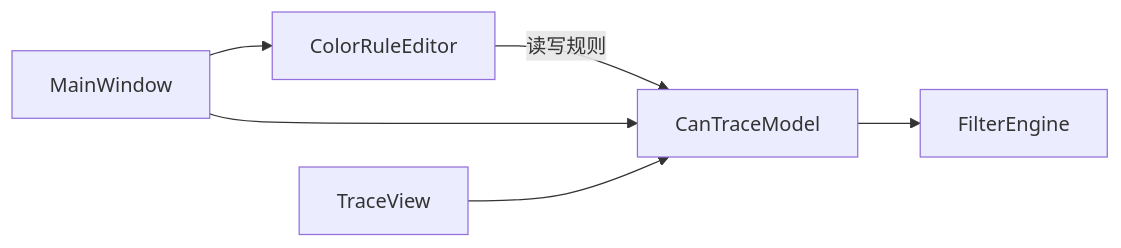
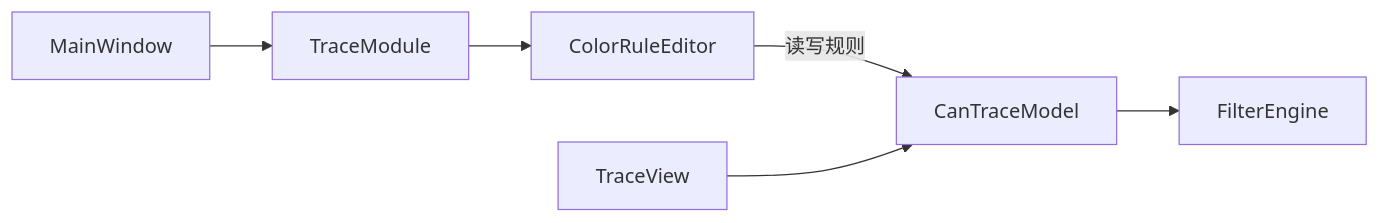
One commit to jakecai1225-design/OpenBus changed the fifth of 5 diagrams in .qoder/repowiki/zh/content/架构设计/UI系统设计/颜色规则编辑器.md. Above: the diagram before and after it, drawn with Mermaid. The commit also changed other lines of this file and 10 other files, not shown here.

Commit message:
flow指示灯，模拟器开关

````diff
--- a/.qoder/repowiki/zh/content/架构设计/UI系统设计/颜色规则编辑器.md
+++ b/.qoder/repowiki/zh/content/架构设计/UI系统设计/颜色规则编辑器.md
@@ -240,8 +259,8 @@
 ```mermaid
 graph LR
-CRE["ColorRuleEditor"] --> |读写规则| CTM["CanTraceModel"]
+MW["MainWindow"] --> TM["TraceModule"]
+TM --> CRE["ColorRuleEditor"]
+CRE --> |读写规则| CTM["CanTraceModel"]
 CTM --> FE["FilterEngine"]
-MW["MainWindow"] --> CRE
-MW --> CTM
 TV["TraceView"] --> CTM
 ```
````
